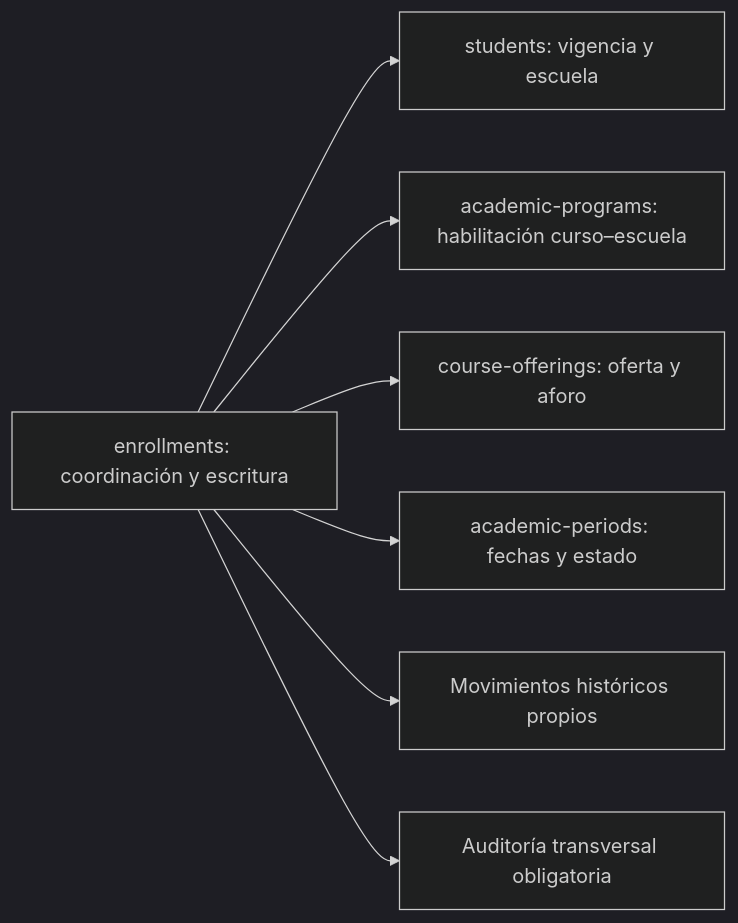
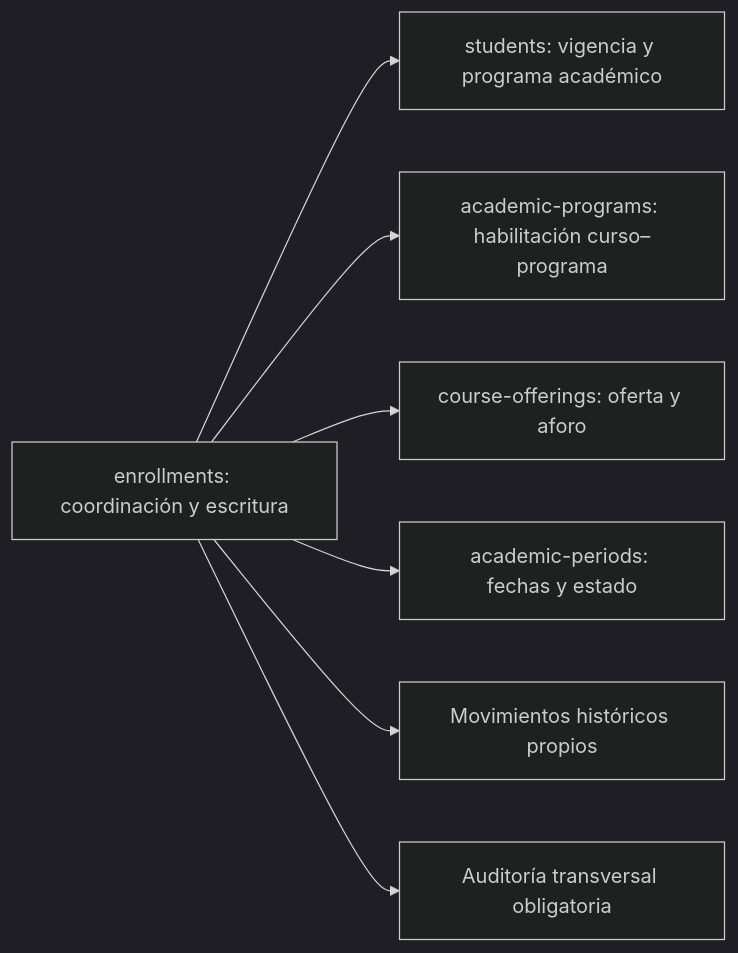
The diagram in docs/06-architecture/03-module-boundaries.md (EderPanta18/academic-management-api), drawn with Mermaid (dark theme) before and after one commit. The commit also changed other lines of this file and 22 other files, not shown here.

````diff
--- a/docs/06-architecture/03-module-boundaries.md
+++ b/docs/06-architecture/03-module-boundaries.md
@@ -60,9 +60,9 @@
 ```mermaid
 flowchart LR
-    E[enrollments: coordinación y escritura] --> S[students: vigencia y escuela]
-    E --> P[academic-programs: habilitación curso–escuela]
+    E[enrollments: coordinación y escritura] --> S[students: vigencia y programa académico]
+    E --> P[academic-programs: habilitación curso–programa]
     E --> O[course-offerings: oferta y aforo]
     E --> T[academic-periods: fechas y estado]
     E --> H[Movimientos históricos propios]
     E --> A[Auditoría transversal obligatoria]
 ```
````
